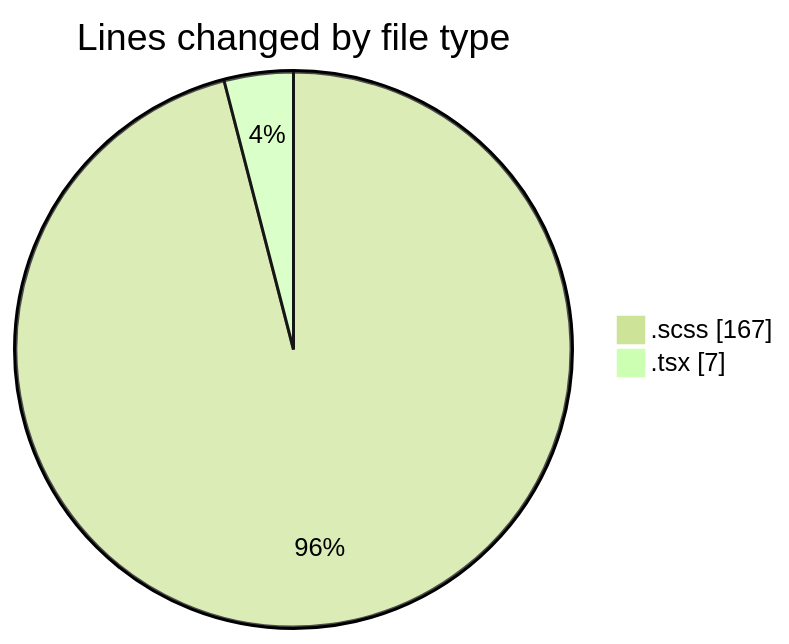
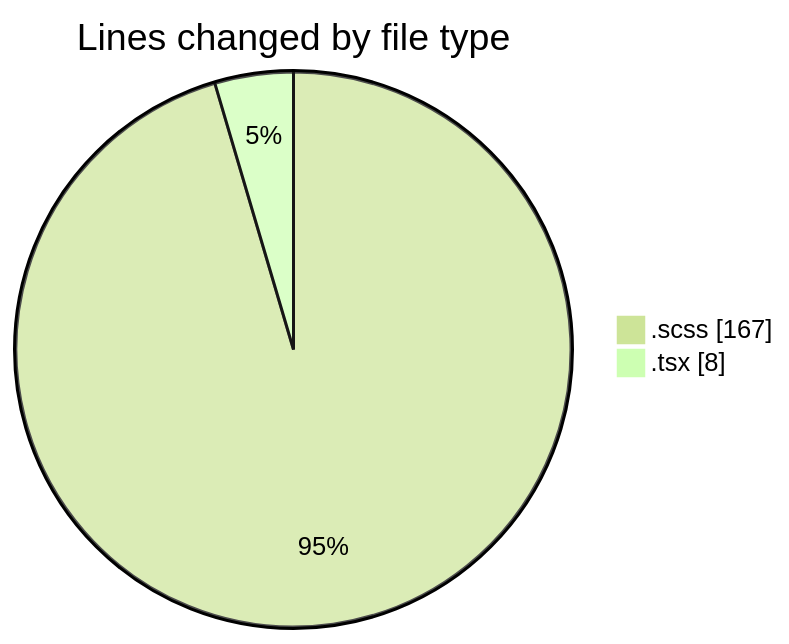
The first of 2 diagrams in 2026-08-10/cda/README.md (momahboobian/code-tracking), drawn with Mermaid (forest theme) before and after one commit. The commit also changed other lines of this file and 1 other file, not shown here.

````diff
--- a/2026-08-10/cda/README.md
+++ b/2026-08-10/cda/README.md
@@ -23,6 +23,6 @@
 ```mermaid
 pie showData
 title Lines changed by file type
 ".scss" : 167
-".tsx" : 7
+".tsx" : 8
 ```
````
